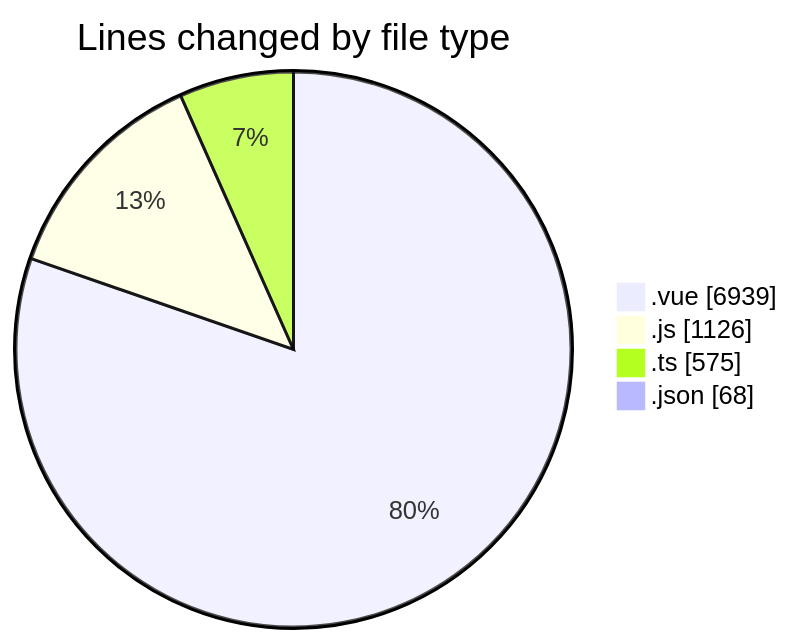
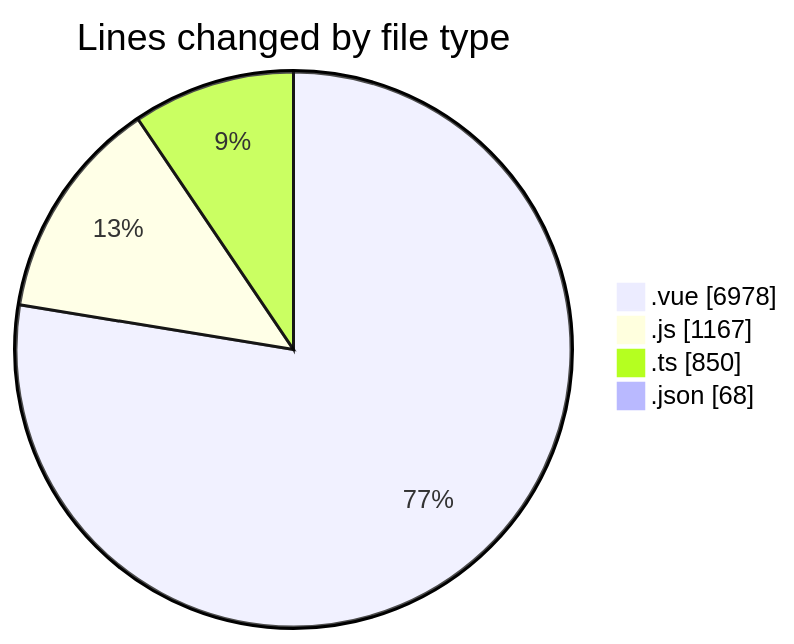
The first of 2 diagrams in 2025-08-12/rentotp/README.md (lephambinh05/code-tracking), drawn with Mermaid before and after one commit. The commit also changed other lines of this file and 1 other file, not shown here.

````diff
--- a/2025-08-12/rentotp/README.md
+++ b/2025-08-12/rentotp/README.md
@@ -43,8 +45,8 @@
 ```mermaid
 pie showData
 title Lines changed by file type
-".vue" : 6939
-".js" : 1126
-".ts" : 575
+".vue" : 6978
+".js" : 1167
+".ts" : 850
 ".json" : 68
 ```
````
